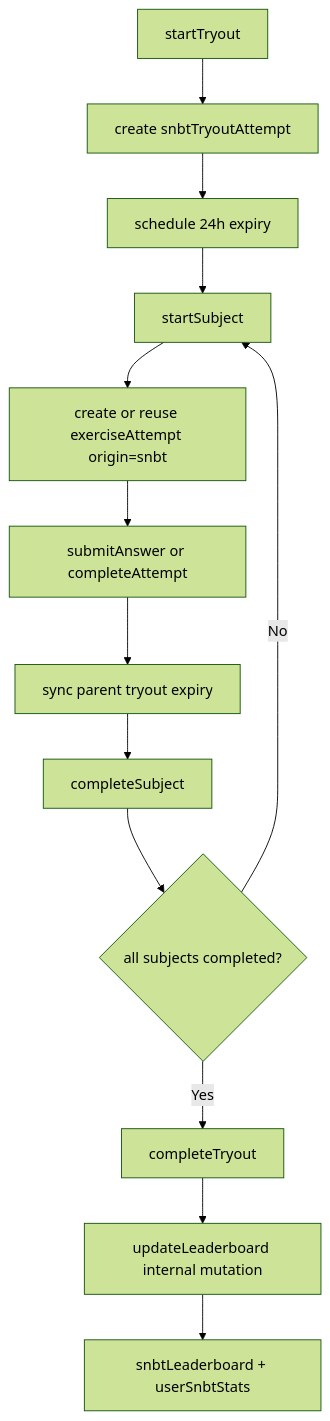
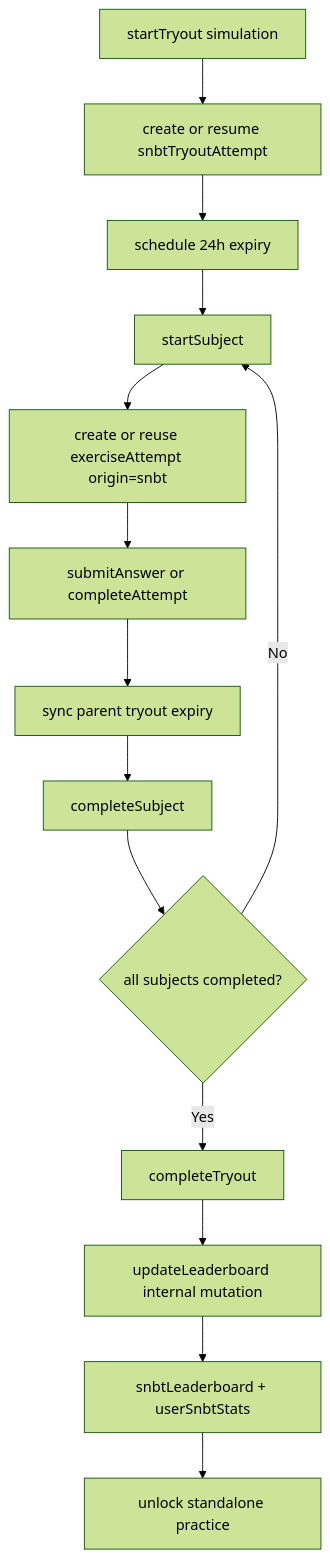
Before and after one commit to nakafaai/nakafa.com: the second of 2 diagrams in packages/backend/convex/snbt/README.md, drawn with Mermaid (forest theme). The commit also changed other lines of this file and 6 other files, not shown here.

First line of the commit message:
Make SNBT tryouts simulation-only

````diff
--- a/packages/backend/convex/snbt/README.md
+++ b/packages/backend/convex/snbt/README.md
@@ -43,15 +45,16 @@
 ```mermaid
 flowchart TD
-    A[startTryout] --> B[create snbtTryoutAttempt]
+    A[startTryout simulation] --> B[create or resume snbtTryoutAttempt]
     B --> C[schedule 24h expiry]
     C --> D[startSubject]
     D --> E[create or reuse exerciseAttempt origin=snbt]
     E --> F[submitAnswer or completeAttempt]
     F --> G[sync parent tryout expiry]
     G --> H[completeSubject]
     H --> I{all subjects completed?}
     I -->|No| D
     I -->|Yes| J[completeTryout]
     J --> K[updateLeaderboard internal mutation]
     K --> L[snbtLeaderboard + userSnbtStats]
+    L --> M[unlock standalone practice]
 ```
````
